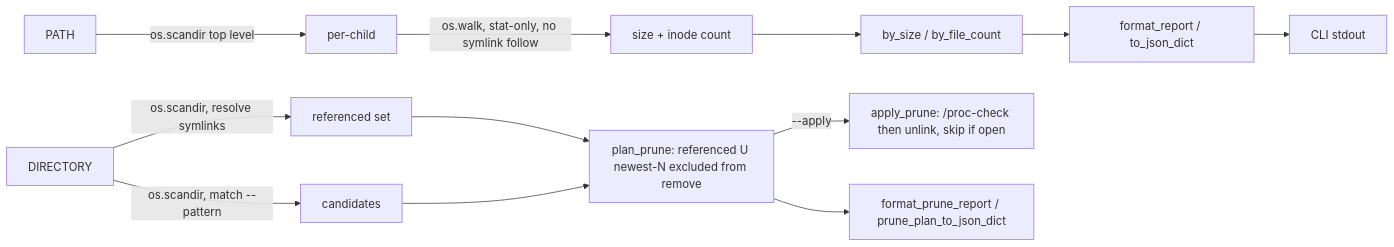
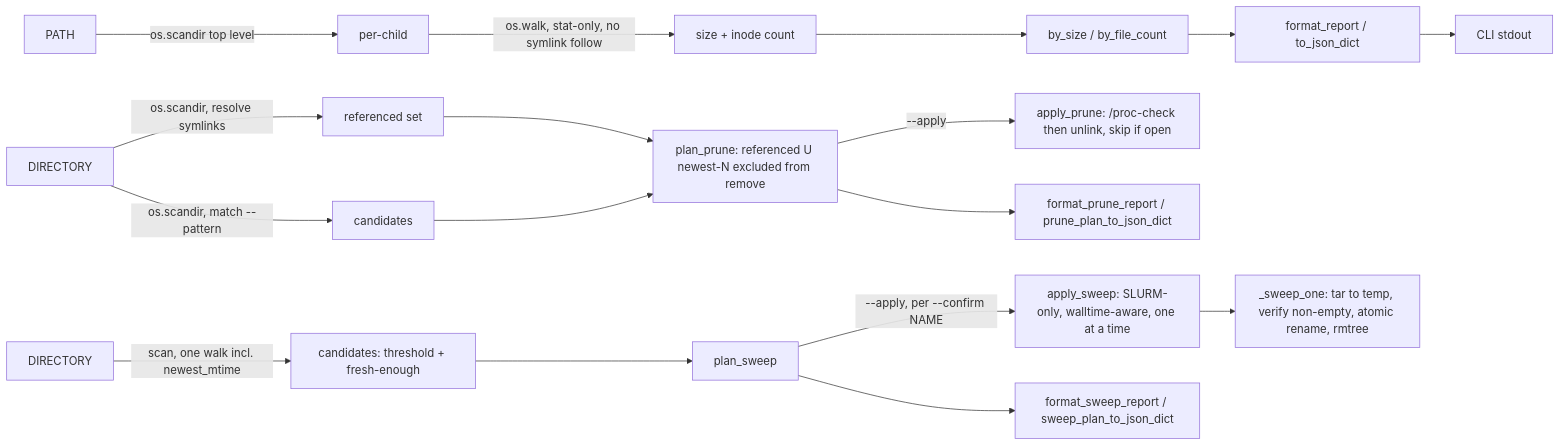
Before and after one commit to scitex-ai/scitex-storage: the diagram in README.md, drawn with Mermaid. The commit also changed other lines of this file and 10 other files, not shown here.

First line of the commit message:
feat: add sweep — compute-node-only tar-in-place for inode hogs

````diff
--- a/README.md
+++ b/README.md
@@ -153,15 +202,21 @@
 ```mermaid
 flowchart LR
     A[PATH] -->|os.scandir top level| B[per-child]
     B -->|os.walk, stat-only, no symlink follow| C[size + inode count]
     C --> D[by_size / by_file_count]
     D --> E[format_report / to_json_dict]
     E --> F[CLI stdout]
 
     G[DIRECTORY] -->|os.scandir, resolve symlinks| H[referenced set]
     G -->|os.scandir, match --pattern| I[candidates]
     H --> J[plan_prune: referenced U newest-N excluded from remove]
     I --> J
     J -->|--apply| K[apply_prune: /proc-check then unlink, skip if open]
     J --> L[format_prune_report / prune_plan_to_json_dict]
+
+    M[DIRECTORY] -->|scan, one walk incl. newest_mtime| N[candidates: threshold + fresh-enough]
+    N --> O[plan_sweep]
+    O -->|--apply, per --confirm NAME| P[apply_sweep: SLURM-only, walltime-aware, one at a time]
+    P --> Q[_sweep_one: tar to temp, verify non-empty, atomic rename, rmtree]
+    O --> R[format_sweep_report / sweep_plan_to_json_dict]
 ```
````
